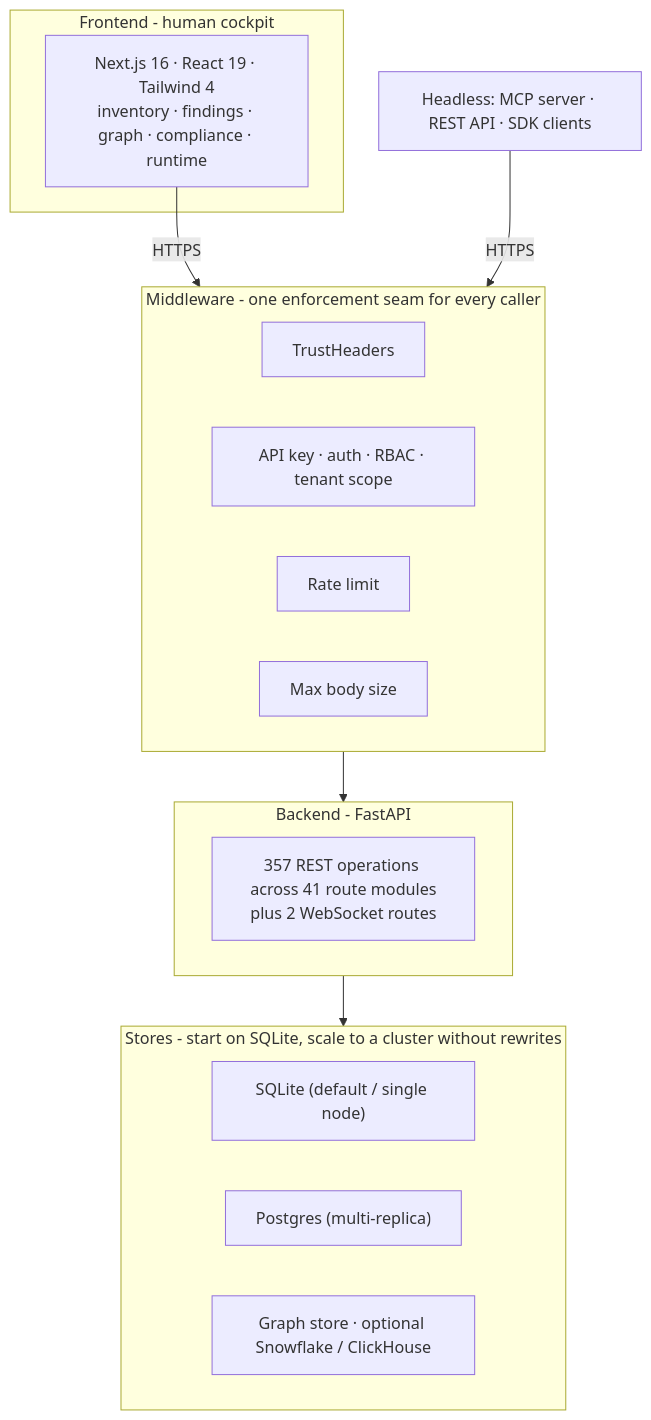
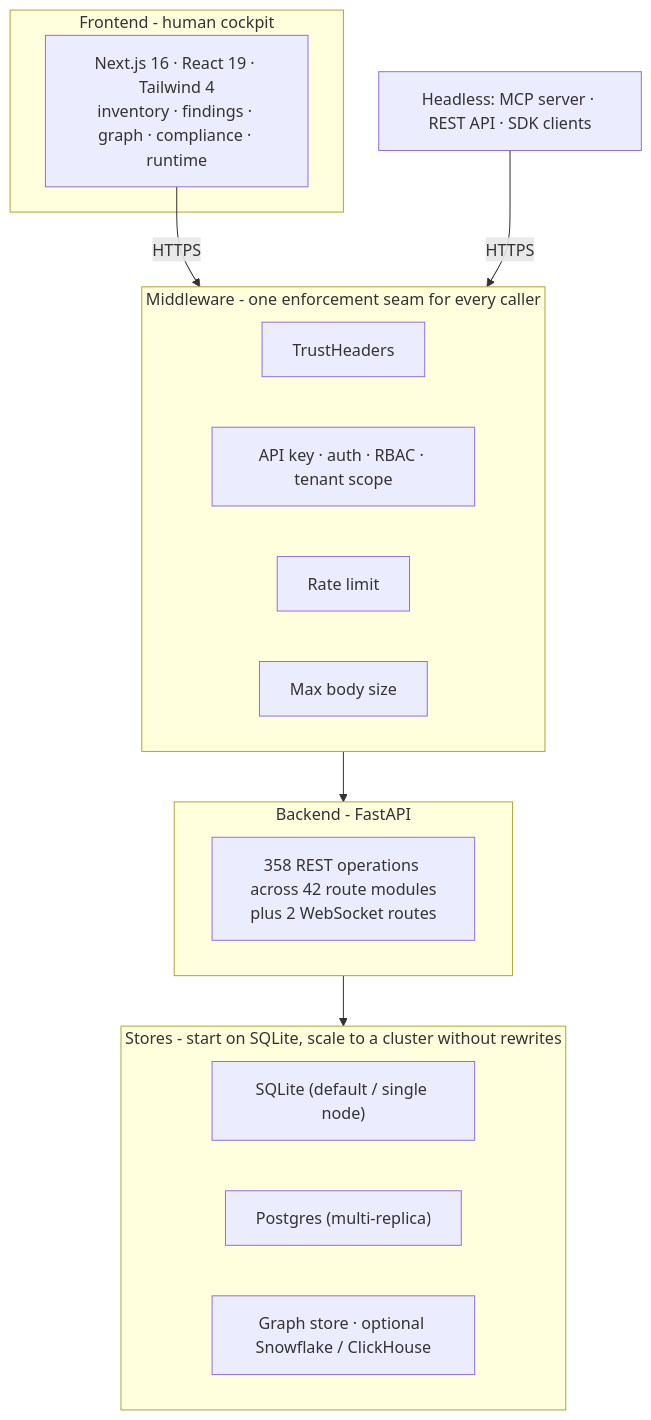
One commit to msaad00/agent-bom changed the fourth of 9 diagrams in docs/ARCHITECTURE.md. Above: the diagram before and after it, drawn with Mermaid. The commit also changed 14 other files, not shown here.

````diff
--- a/docs/ARCHITECTURE.md
+++ b/docs/ARCHITECTURE.md
@@ -146,26 +146,26 @@
 ```mermaid
 flowchart TB
     subgraph FE["Frontend - human cockpit"]
         UI["Next.js 16 · React 19 · Tailwind 4\ninventory · findings · graph · compliance · runtime"]
     end
     subgraph MW["Middleware - one enforcement seam for every caller"]
         M1["TrustHeaders"]
         M2["API key · auth · RBAC · tenant scope"]
         M3["Rate limit"]
         M4["Max body size"]
     end
     subgraph BE["Backend - FastAPI"]
-        R["357 REST operations across 41 route modules\nplus 2 WebSocket routes"]
+        R["358 REST operations across 42 route modules\nplus 2 WebSocket routes"]
     end
     subgraph ST["Stores - start on SQLite, scale to a cluster without rewrites"]
         S1["SQLite (default / single node)"]
         S2["Postgres (multi-replica)"]
         S3["Graph store · optional Snowflake / ClickHouse"]
     end
 
     EXTAGENT["Headless: MCP server · REST API · SDK clients"]
 
     UI -->|HTTPS| MW
     EXTAGENT -->|HTTPS| MW
     MW --> BE --> ST
 ```
````
